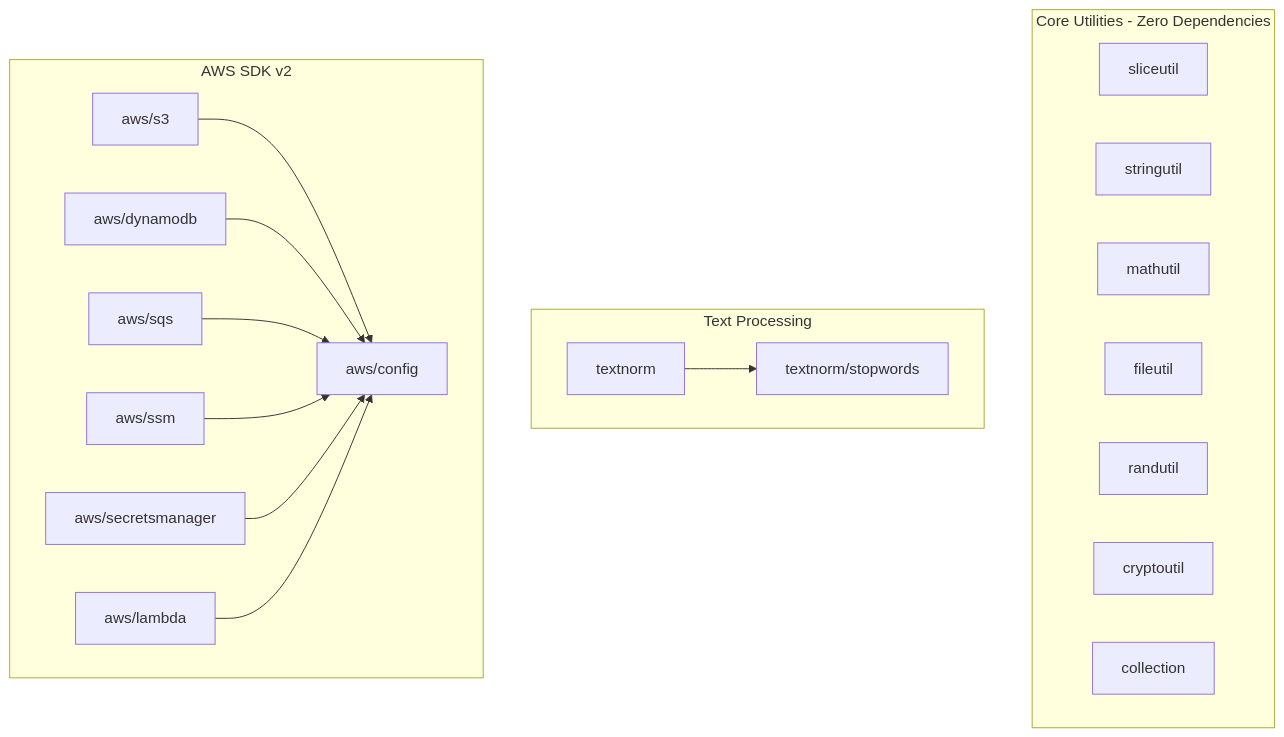
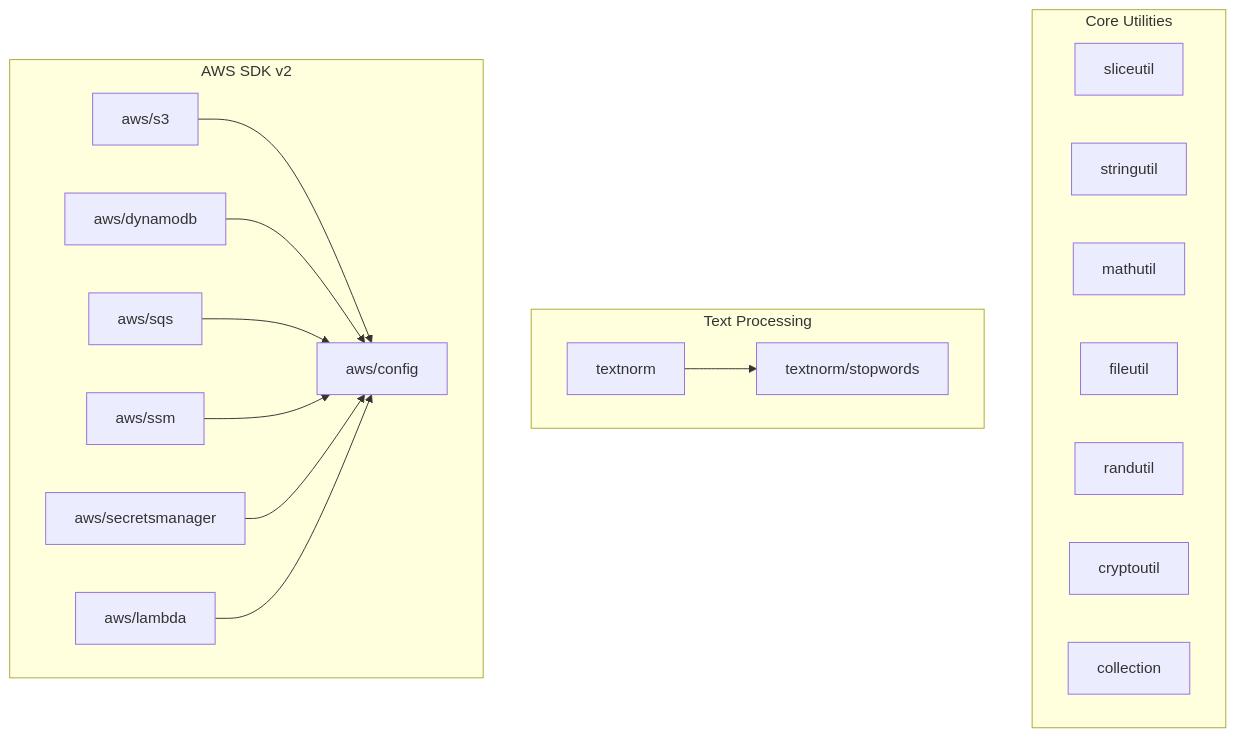
Before and after one commit to alessiosavi/GoGPUtils: the first of 2 diagrams in docs/index.md, drawn with Mermaid. The commit also changed other lines of this file and 14 other files, not shown here.

````diff
--- a/docs/index.md
+++ b/docs/index.md
@@ -33,35 +33,35 @@
 ```mermaid
 graph TB
-    subgraph Core[Core Utilities - Zero Dependencies]
+    subgraph Core[Core Utilities]
         S[sliceutil]
         ST[stringutil]
         M[mathutil]
         F[fileutil]
         R[randutil]
         C[cryptoutil]
         COL[collection]
     end
 
     subgraph Text[Text Processing]
         TN[textnorm]
         SW[textnorm/stopwords]
     end
 
     subgraph AWS[AWS SDK v2]
         AW[aws/config]
         S3[aws/s3]
         DDB[aws/dynamodb]
         SQS[aws/sqs]
         SSM[aws/ssm]
         SM[aws/secretsmanager]
         L[aws/lambda]
     end
 
     TN --> SW
     S3 --> AW
     DDB --> AW
     SQS --> AW
     SSM --> AW
     SM --> AW
     L --> AW
 ```
````
